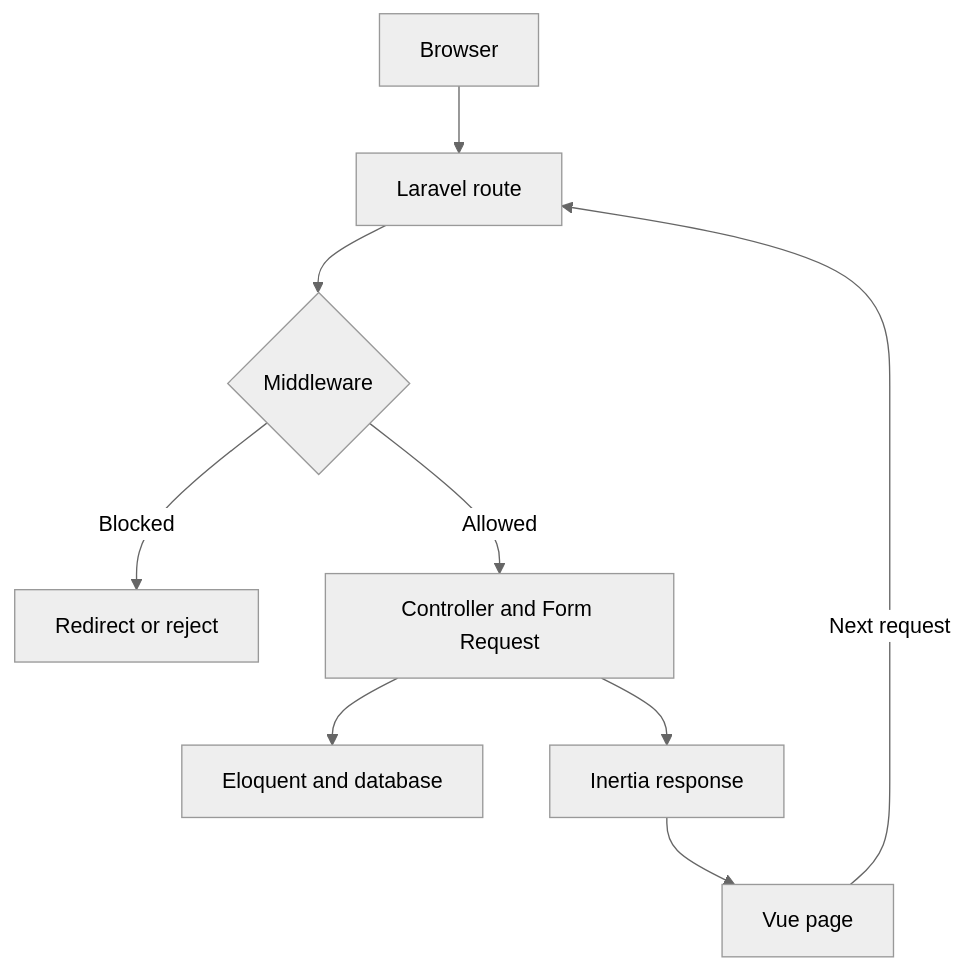
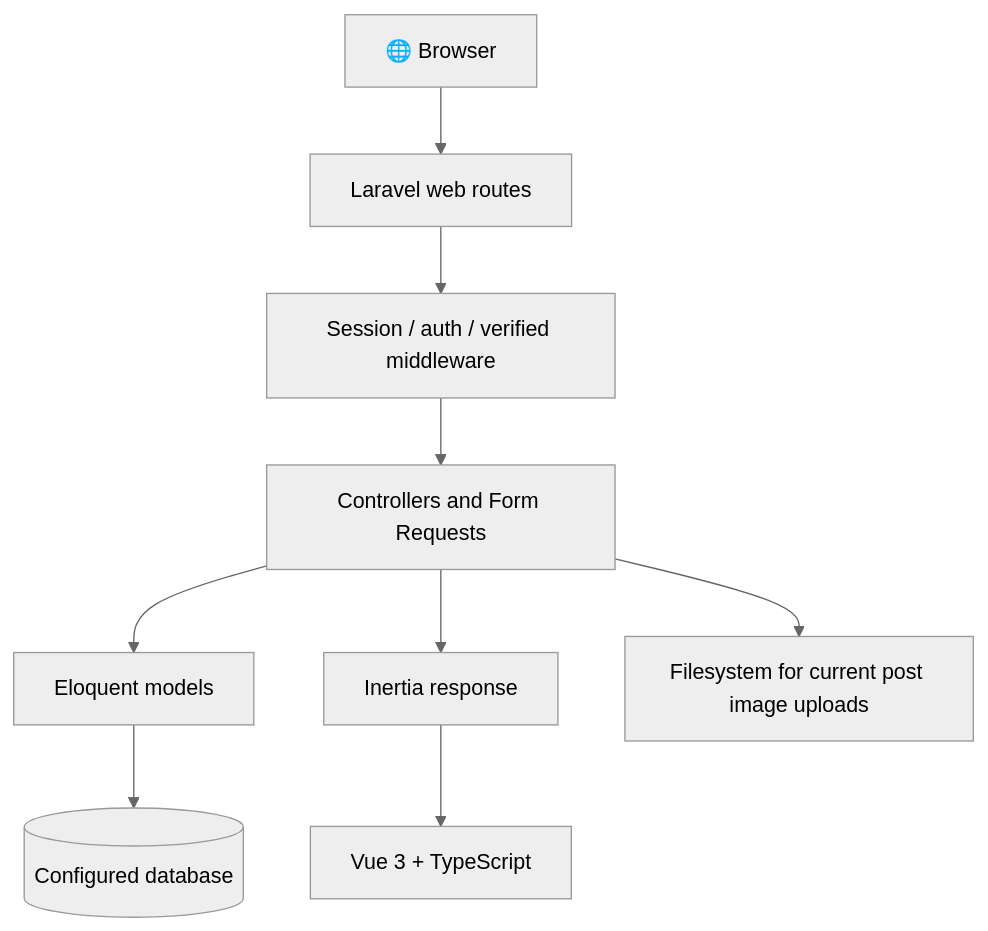
One commit to Brajesh31/blog-management-system-laravel-vue-app changed the diagram in docs/README.md. Above: the diagram before and after it, drawn with Mermaid (neutral theme). The commit also changed other lines of this file, not shown here.

````diff
--- a/docs/README.md
+++ b/docs/README.md
@@ -33,11 +79,11 @@
 ```mermaid
 flowchart TD
- A[Browser] --> B[Laravel route]
- B --> C{Middleware}
- C -->|Blocked| D[Redirect or reject]
- C -->|Allowed| E[Controller and Form Request]
- E --> F[Eloquent and database]
- E --> G[Inertia response]
- G --> H[Vue page]
- H -->|Next request| B
+  Browser[🌐 Browser] --> Routes[Laravel web routes]
+  Routes --> Middleware[Session / auth / verified middleware]
+  Middleware --> Controller[Controllers and Form Requests]
+  Controller --> Models[Eloquent models]
+  Models --> DB[(Configured database)]
+  Controller --> Inertia[Inertia response]
+  Inertia --> Vue[Vue 3 + TypeScript]
+  Controller --> Media[Filesystem for current post image uploads]
 ```
````
